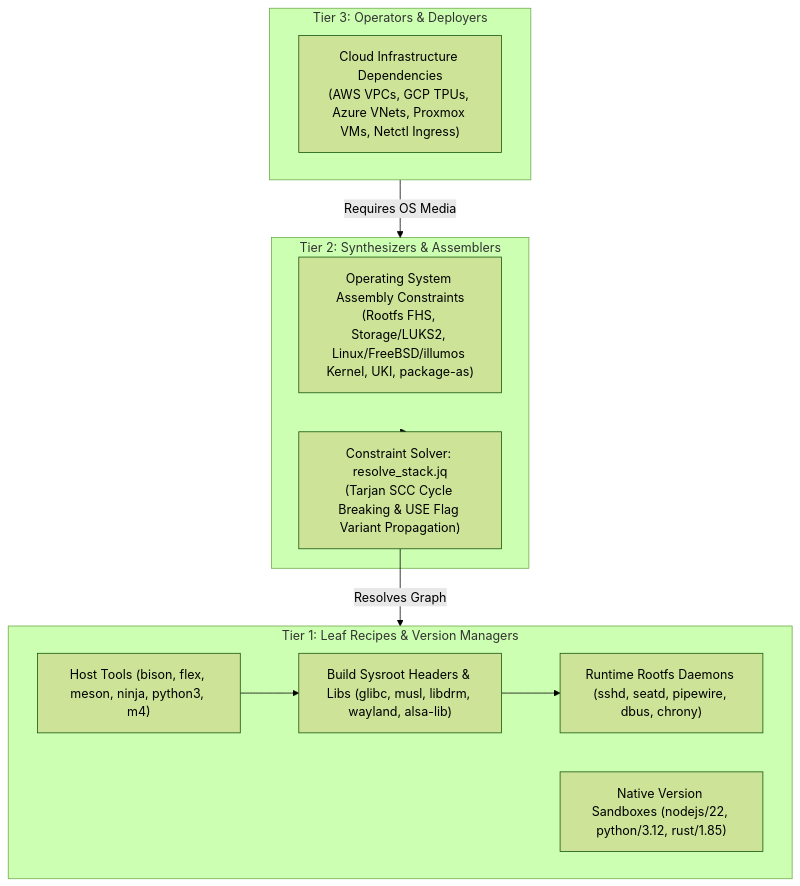
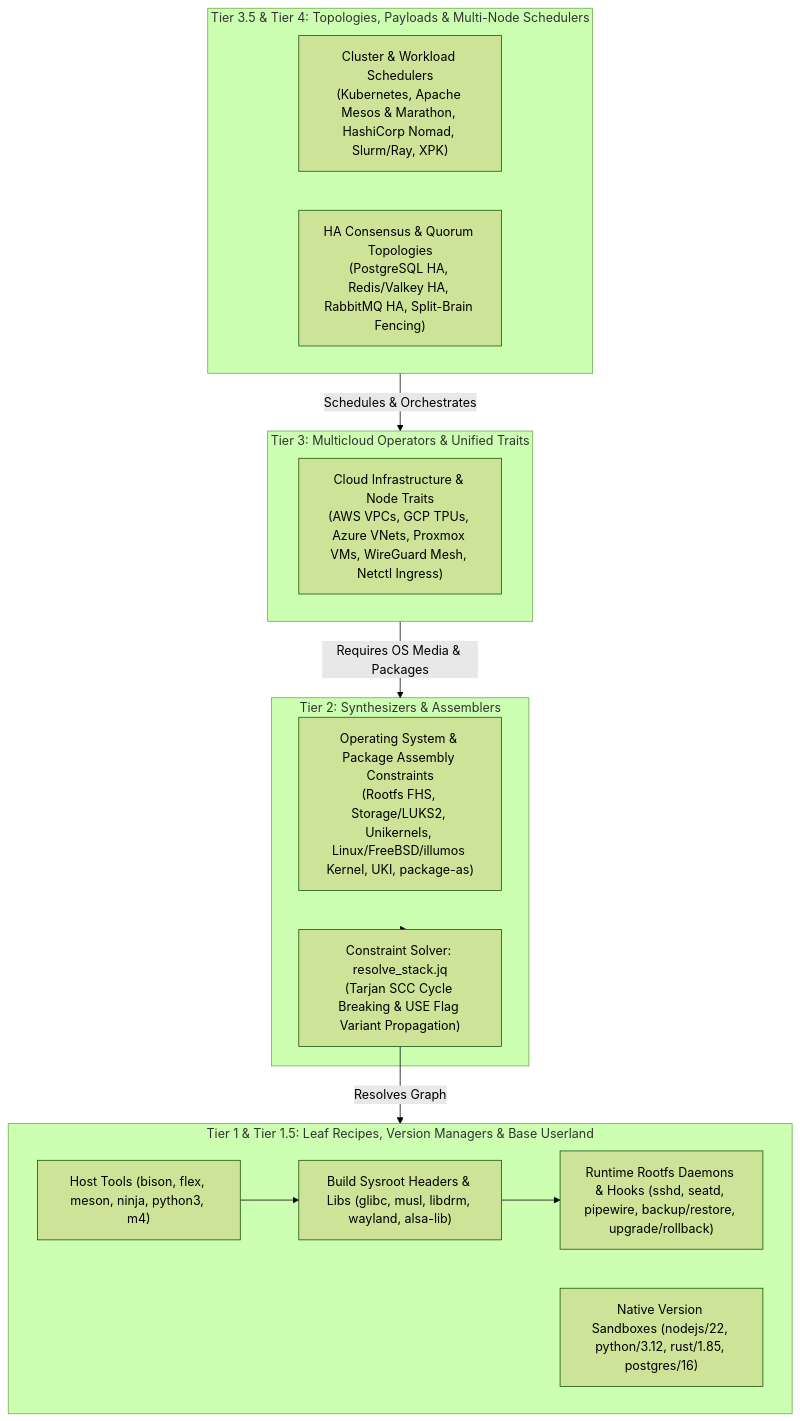
The first of 3 diagrams in DEPENDENCIES.md (SamuelMarks/libscript), drawn with Mermaid (forest theme) before and after one commit. The commit also changed other lines of this file and 3561 other files, not shown here.

````diff
--- a/DEPENDENCIES.md
+++ b/DEPENDENCIES.md
@@ -15,24 +15,30 @@
 ```mermaid
 flowchart TD
-    subgraph Tier3[Tier 3: Operators & Deployers]
-        CloudDeps["Cloud Infrastructure Dependencies<br/>(AWS VPCs, GCP TPUs, Azure VNets, Proxmox VMs, Netctl Ingress)"]
+    subgraph Tier35_4[Tier 3.5 & Tier 4: Topologies, Payloads & Multi-Node Schedulers]
+        SchedDeps["Cluster & Workload Schedulers<br/>(Kubernetes, Apache Mesos & Marathon, HashiCorp Nomad, Slurm/Ray, XPK)"]
+        HADeps["HA Consensus & Quorum Topologies<br/>(PostgreSQL HA, Redis/Valkey HA, RabbitMQ HA, Split-Brain Fencing)"]
+    end
+
+    subgraph Tier3[Tier 3: Multicloud Operators & Unified Traits]
+        CloudDeps["Cloud Infrastructure & Node Traits<br/>(AWS VPCs, GCP TPUs, Azure VNets, Proxmox VMs, WireGuard Mesh, Netctl Ingress)"]
     end
 
     subgraph Tier2[Tier 2: Synthesizers & Assemblers]
-        OSDeps["Operating System Assembly Constraints<br/>(Rootfs FHS, Storage/LUKS2, Linux/FreeBSD/illumos Kernel, UKI, package-as)"]
+        OSDeps["Operating System & Package Assembly Constraints<br/>(Rootfs FHS, Storage/LUKS2, Unikernels, Linux/FreeBSD/illumos Kernel, UKI, package-as)"]
         SolverEngine["Constraint Solver: resolve_stack.jq<br/>(Tarjan SCC Cycle Breaking & USE Flag Variant Propagation)"]
     end
 
-    subgraph Tier1[Tier 1: Leaf Recipes & Version Managers]
+    subgraph Tier1[Tier 1 & Tier 1.5: Leaf Recipes, Version Managers & Base Userland]
         HostTools["Host Tools (bison, flex, meson, ninja, python3, m4)"]
         BuildDeps["Build Sysroot Headers & Libs (glibc, musl, libdrm, wayland, alsa-lib)"]
-        RuntimeDeps["Runtime Rootfs Daemons (sshd, seatd, pipewire, dbus, chrony)"]
-        VersionSandboxes["Native Version Sandboxes (nodejs/22, python/3.12, rust/1.85)"]
+        RuntimeDeps["Runtime Rootfs Daemons & Hooks (sshd, seatd, pipewire, backup/restore, upgrade/rollback)"]
+        VersionSandboxes["Native Version Sandboxes (nodejs/22, python/3.12, rust/1.85, postgres/16)"]
     end
 
-    Tier3 -->|Requires OS Media| Tier2
+    Tier35_4 -->|Schedules & Orchestrates| Tier3
+    Tier3 -->|Requires OS Media & Packages| Tier2
     Tier2 --> SolverEngine
     SolverEngine -->|Resolves Graph| Tier1
     HostTools --> BuildDeps
     BuildDeps --> RuntimeDeps
 ```
````
